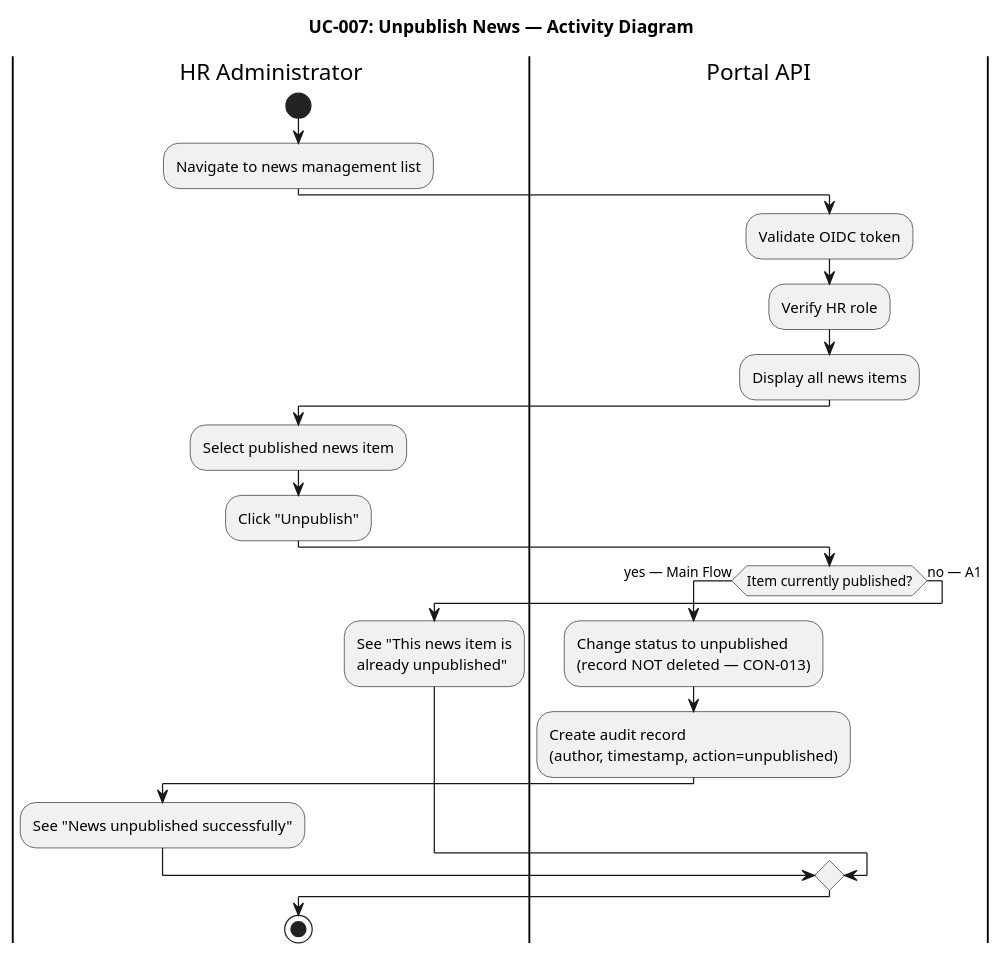
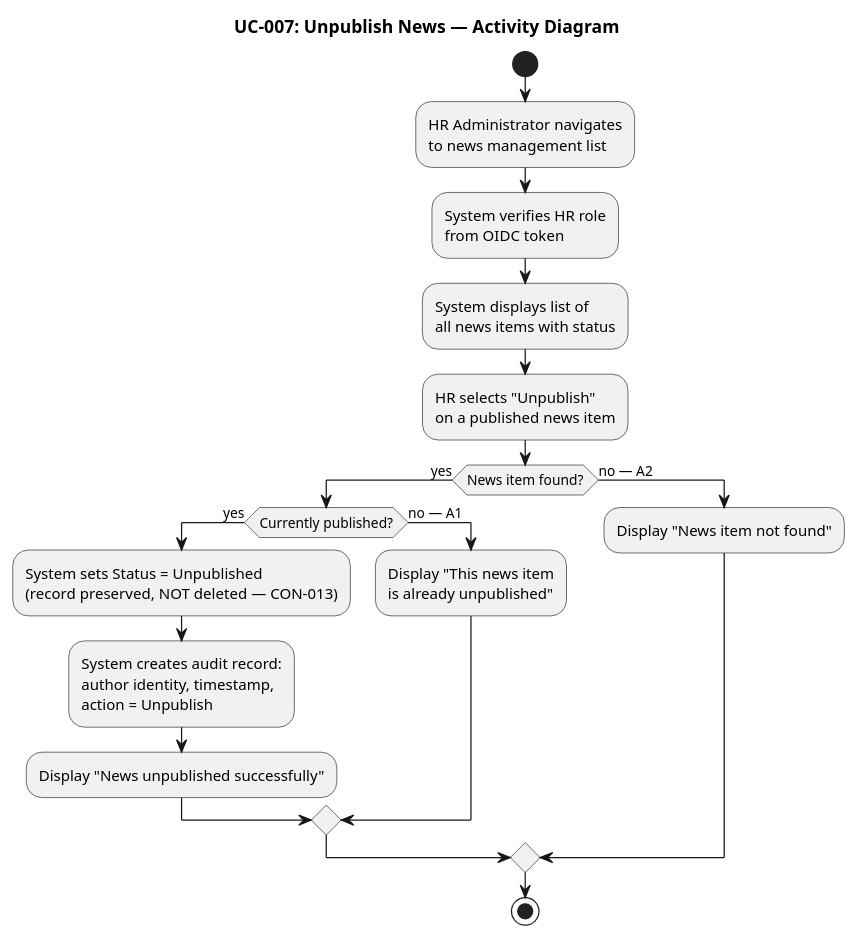
Before and after one commit to banense-test/portal-cuba-corp: the eighth of 12 diagrams in docs/artifacts/requirements/use-case-model.md, drawn with PlantUML. The commit also changed other lines of this file, not shown here.

First line of the commit message:
System Analyst [C2]: upsert Use-Case Model

````diff
--- a/docs/artifacts/requirements/use-case-model.md
+++ b/docs/artifacts/requirements/use-case-model.md
@@ -537,27 +484,31 @@
 ```plantuml
 @startuml
 title UC-007: Unpublish News — Activity Diagram
 
-|HR Administrator|
 start
-:Navigate to news management list;
-|Portal API|
-:Validate OIDC token;
-:Verify HR role;
-:Display all news items;
-|HR Administrator|
-:Select published news item;
-:Click "Unpublish";
-|Portal API|
-if (Item currently published?) then (yes — Main Flow)
-  :Change status to unpublished\n(record NOT deleted — CON-013);
-  :Create audit record\n(author, timestamp, action=unpublished);
-  |HR Administrator|
-  :See "News unpublished successfully";
-else (no — A1)
-  |HR Administrator|
-  :See "This news item is\nalready unpublished";
+:HR Administrator navigates
+to news management list;
+:System verifies HR role
+from OIDC token;
+:System displays list of
+all news items with status;
+:HR selects "Unpublish"
+on a published news item;
+if (News item found?) then (yes)
+  if (Currently published?) then (yes)
+    :System sets Status = Unpublished
+    (record preserved, NOT deleted — CON-013);
+    :System creates audit record:
+    author identity, timestamp,
+    action = Unpublish;
+    :Display "News unpublished successfully";
+  else (no — A1)
+    :Display "This news item
+    is already unpublished";
+  endif
+else (no — A2)
+  :Display "News item not found";
 endif
 stop
 @enduml
 ```
````
